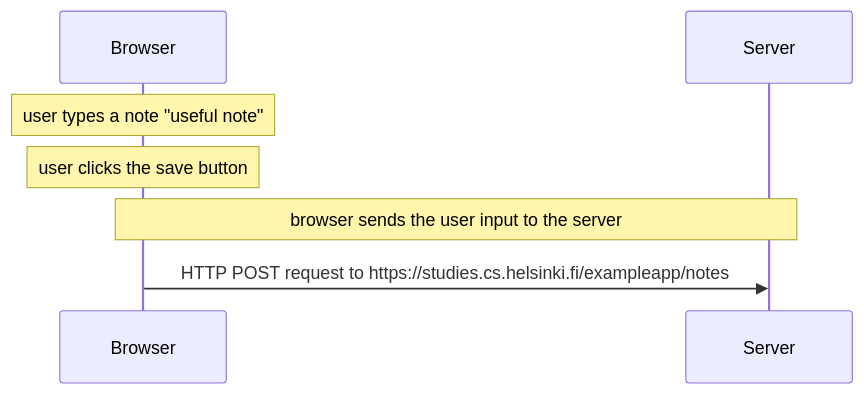
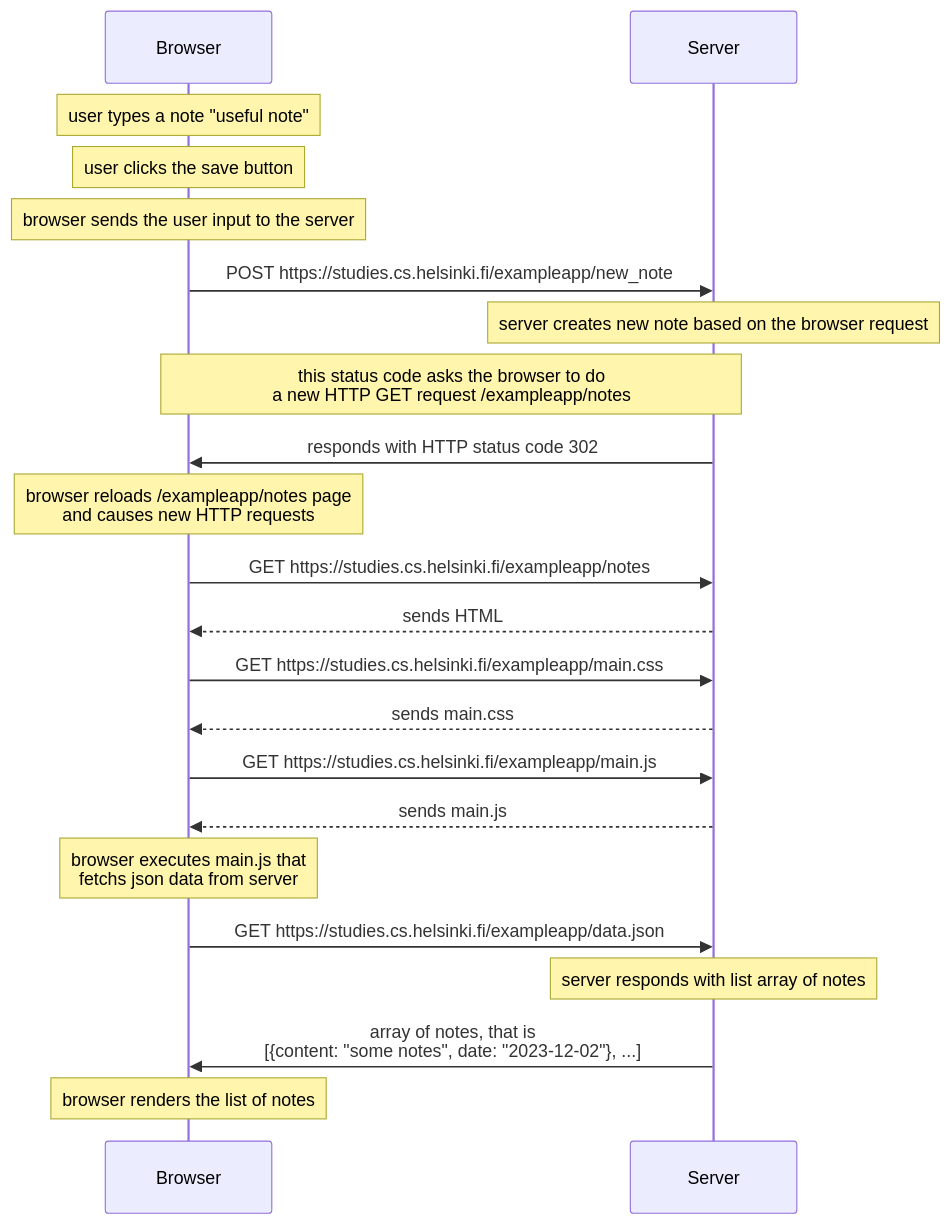
Before and after one commit to wafash08/fullstackopen: the diagram in part0/04-new-note.md, drawn with Mermaid.

Commit message:
exercise part0-4

````diff
--- a/part0/04-new-note.md
+++ b/part0/04-new-note.md
@@ -1,9 +1,24 @@
 ```mermaid
 sequenceDiagram
 participant B as Browser
 participant S as Server
 Note over B: user types a note "useful note"
 Note over B: user clicks the save button
-Note over B, S: browser sends the user input to the server
-B ->> S: HTTP POST request to https://studies.cs.helsinki.fi/exampleapp/notes
+Note over B: browser sends the user input to the server
+B ->> S: POST https://studies.cs.helsinki.fi/exampleapp/new_note
+Note over S: server creates new note based on the browser request
+Note over B, S: this status code asks the browser to do <br /> a new HTTP GET request /exampleapp/notes
+S ->> B: responds with HTTP status code 302
+Note over B: browser reloads /exampleapp/notes page<br />and causes new HTTP requests
+B ->> S: GET https://studies.cs.helsinki.fi/exampleapp/notes
+S -->> B: sends HTML
+B ->> S: GET https://studies.cs.helsinki.fi/exampleapp/main.css
+S -->> B: sends main.css
+B ->> S: GET https://studies.cs.helsinki.fi/exampleapp/main.js
+S -->> B: sends main.js
+Note over B: browser executes main.js that <br /> fetchs json data from server
+B ->> S: GET https://studies.cs.helsinki.fi/exampleapp/data.json
+Note over S: server responds with list array of notes
+S ->> B: array of notes, that is <br /> [{content: "some notes", date: "2023-12-02"}, ...]
+Note over B: browser renders the list of notes
 ```
````
